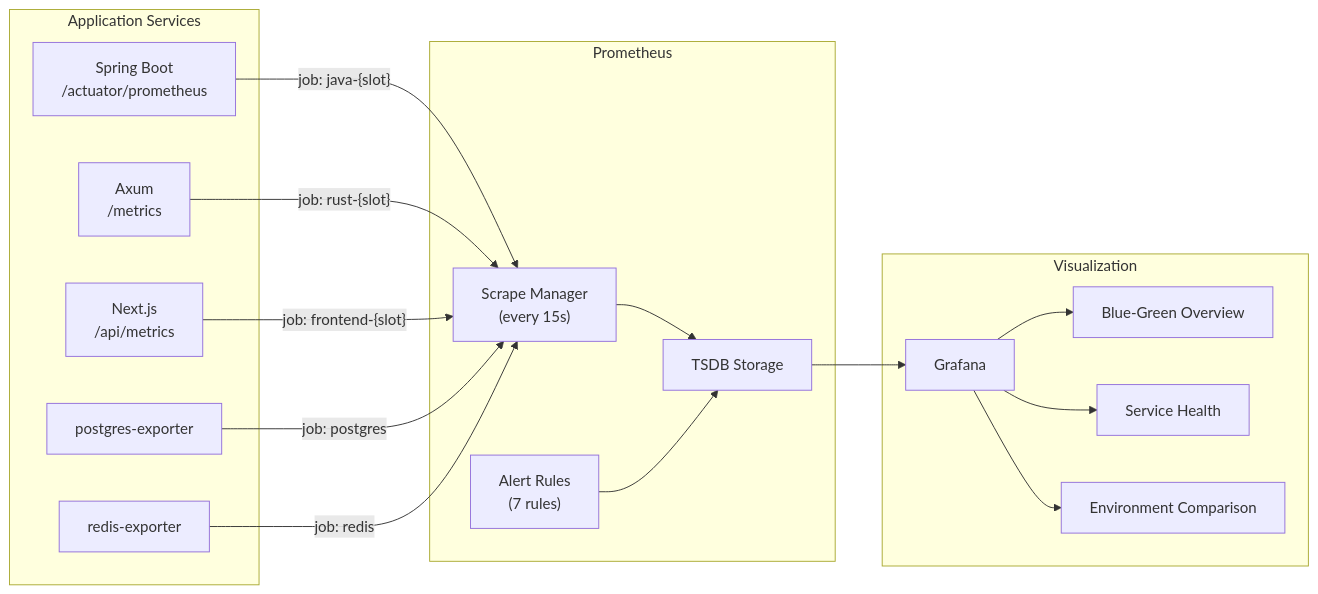
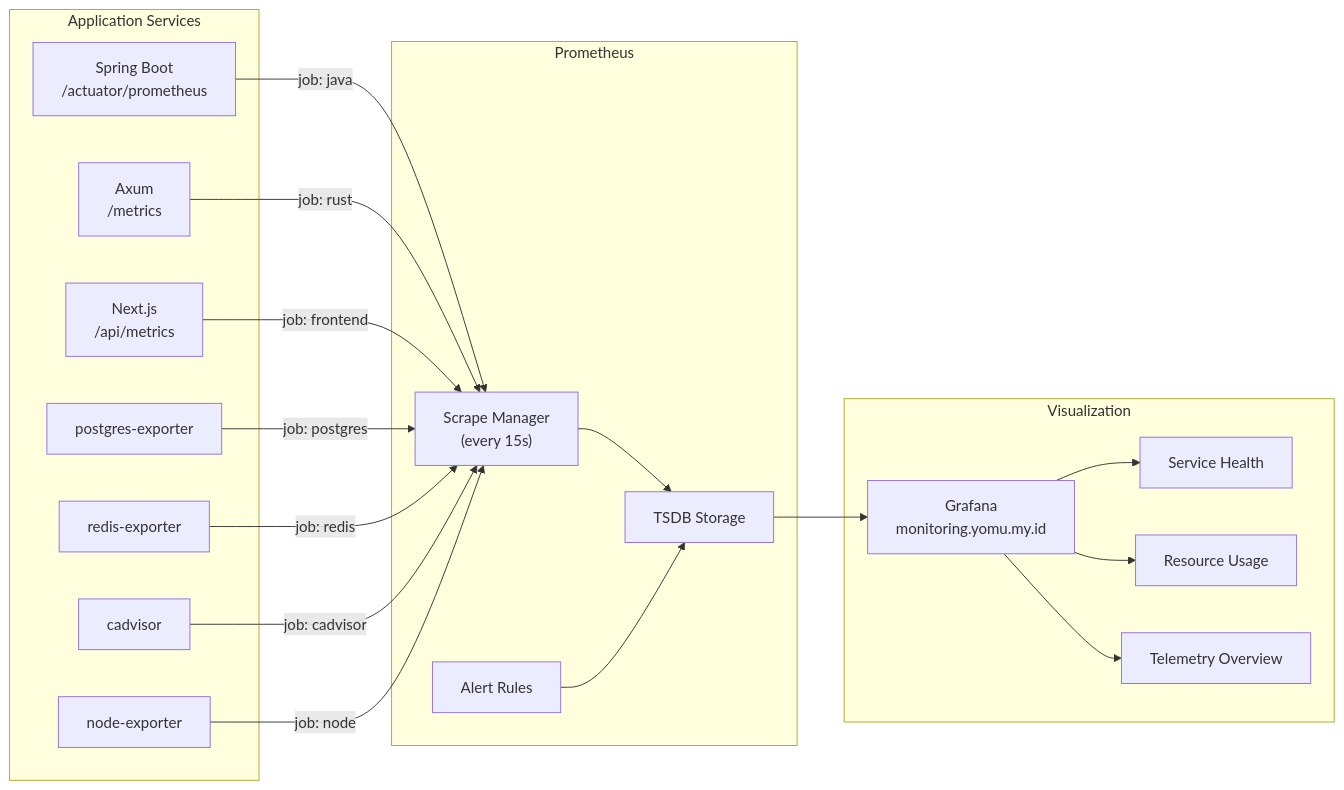
One commit to advprog-2026-A14-project/yomu-infra changed the sixth of 11 diagrams in ARCHITECTURE.md. Above: the diagram before and after it, drawn with Mermaid. The commit also changed other lines of this file and 11 other files, not shown here.

````diff
--- a/ARCHITECTURE.md
+++ b/ARCHITECTURE.md
@@ -367,35 +432,39 @@
 ```mermaid
 flowchart LR
     subgraph Apps["Application Services"]
-        JavaApp["Spring Boot\n/actuator/prometheus"]
-        RustApp["Axum\n/metrics"]
-        NextApp["Next.js\n/api/metrics"]
+        JavaApp["Spring Boot<br/>/actuator/prometheus"]
+        RustApp["Axum<br/>/metrics"]
+        NextApp["Next.js<br/>/api/metrics"]
         PGE2["postgres-exporter"]
         RE2["redis-exporter"]
+        CD["cadvisor"]
+        NE["node-exporter"]
     end
 
     subgraph Prometheus["Prometheus"]
-        PromScrape["Scrape Manager\n(every 15s)"]
-        PromRules["Alert Rules\n(7 rules)"]
+        PromScrape["Scrape Manager<br/>(every 15s)"]
+        PromRules["Alert Rules"]
         PromTSDB["TSDB Storage"]
     end
 
     subgraph Visualization["Visualization"]
-        Grafana2["Grafana"]
-        sub1["Blue-Green Overview"]
-        sub2["Service Health"]
-        sub3["Environment Comparison"]
+        Grafana2["Grafana<br/>monitoring.yomu.my.id"]
+        sub1["Service Health"]
+        sub2["Resource Usage"]
+        sub3["Telemetry Overview"]
     end
 
-    JavaApp -->|"job: java-{slot}"| PromScrape
-    RustApp -->|"job: rust-{slot}"| PromScrape
-    NextApp -->|"job: frontend-{slot}"| PromScrape
+    JavaApp -->|"job: java"| PromScrape
+    RustApp -->|"job: rust"| PromScrape
+    NextApp -->|"job: frontend"| PromScrape
     PGE2 -->|"job: postgres"| PromScrape
     RE2 -->|"job: redis"| PromScrape
+    CD -->|"job: cadvisor"| PromScrape
+    NE -->|"job: node"| PromScrape
 
     PromScrape --> PromTSDB
     PromRules --> PromTSDB
     PromTSDB --> Grafana2
 
     Grafana2 --> sub1 & sub2 & sub3
 ```
````
